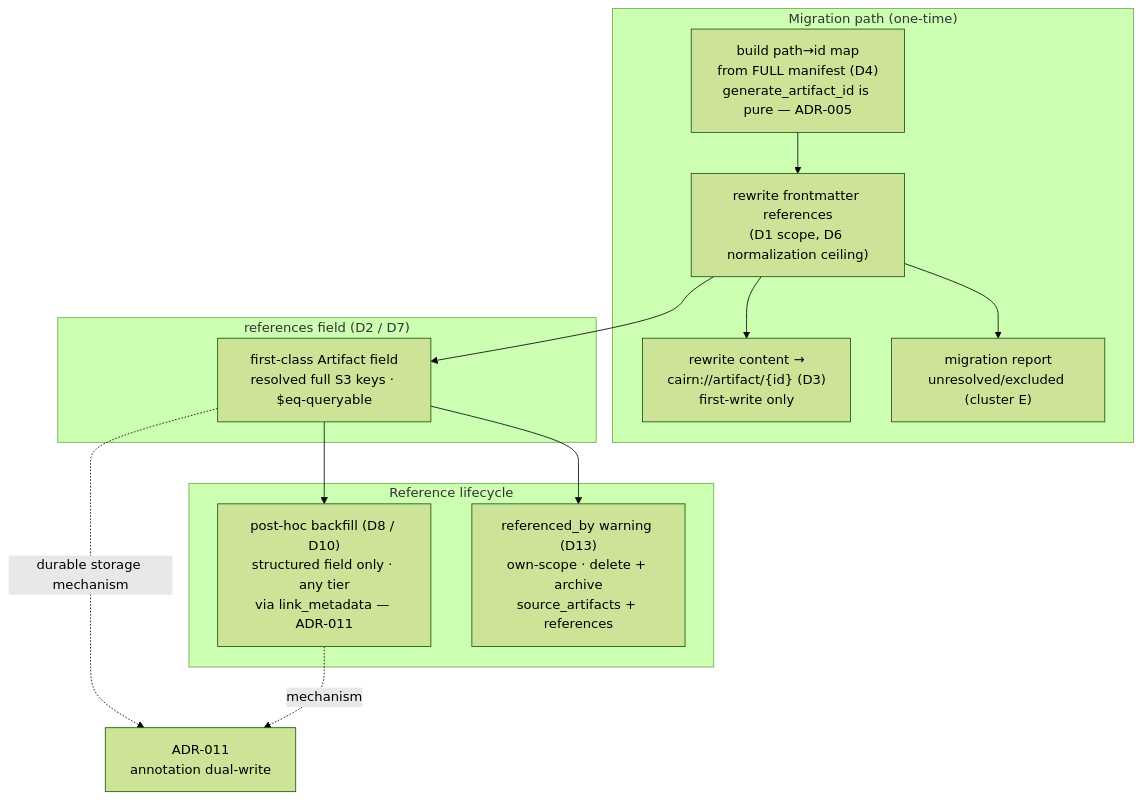
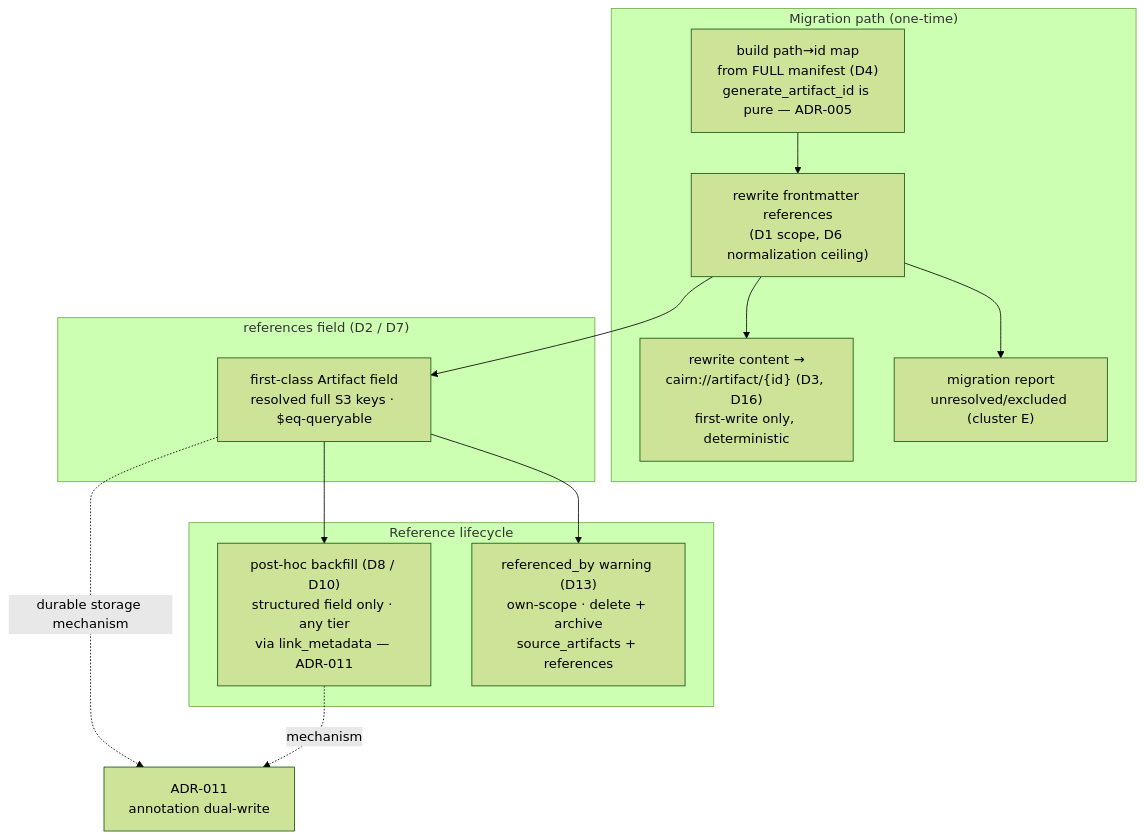
One commit to amanoxsolutions/arkeology changed the diagram in docs/architecture-decisions/adr-2026-07-03-artifact-cross-referencing.md. Above: the diagram before and after it, drawn with Mermaid (forest theme). The commit also changed other lines of this file and 3 other files, not shown here.

````diff
--- a/docs/architecture-decisions/adr-2026-07-03-artifact-cross-referencing.md
+++ b/docs/architecture-decisions/adr-2026-07-03-artifact-cross-referencing.md
@@ -252,26 +384,26 @@
 ```mermaid
 graph TD
     subgraph Migration["Migration path (one-time)"]
         MAP["build path→id map\nfrom FULL manifest (D4)\ngenerate_artifact_id is pure — ADR-005"]
         REW["rewrite frontmatter references\n(D1 scope, D6 normalization ceiling)"]
-        CON["rewrite content →\ncairn://artifact/{id} (D3)\nfirst-write only"]
+        CON["rewrite content →\ncairn://artifact/{id} (D3, D16)\nfirst-write only, deterministic"]
         RPT["migration report\nunresolved/excluded (cluster E)"]
         MAP --> REW --> CON
         REW --> RPT
     end
 
     subgraph Field["references field (D2 / D7)"]
         F["first-class Artifact field\nresolved full S3 keys · $eq-queryable"]
     end
 
     subgraph Lifecycle["Reference lifecycle"]
         BF["post-hoc backfill (D8 / D10)\nstructured field only · any tier\nvia link_metadata — ADR-011"]
         RB["referenced_by warning (D13)\nown-scope · delete + archive\nsource_artifacts + references"]
     end
 
     REW --> F
     F --> BF
     F --> RB
     F -. "durable storage mechanism" .-> ADR011["ADR-011\nannotation dual-write"]
     BF -. "mechanism" .-> ADR011
 ```
````
